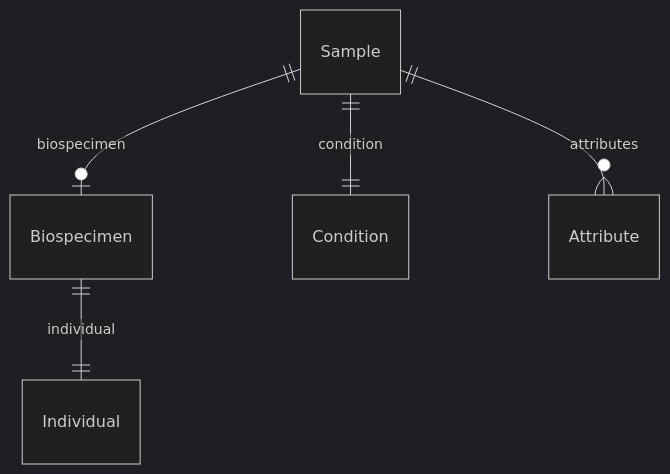
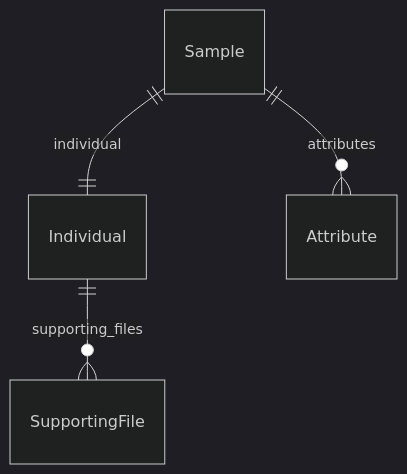
The second of 5 diagrams in docs/entity_relations.md (ghga-de/ghga-metadata-schema), drawn with Mermaid (dark theme) before and after one commit. The commit also changed other lines of this file and 288 other files, not shown here.

````diff
--- a/docs/entity_relations.md
+++ b/docs/entity_relations.md
@@ -138,18 +100,14 @@
 ```mermaid
 erDiagram
 Individual {
-
-}
-Biospecimen {
 
 }
 Sample {
 
 }
 
-Biospecimen ||--|| Individual : "individual"
-Sample ||--|o Biospecimen : "biospecimen"
-Sample ||--|| Condition : "condition"
+Individual ||--}o SupportingFile : "supporting_files"
+Sample ||--|| Individual : "individual"
 Sample ||--}o Attribute : "attributes"
 
 ```
````
